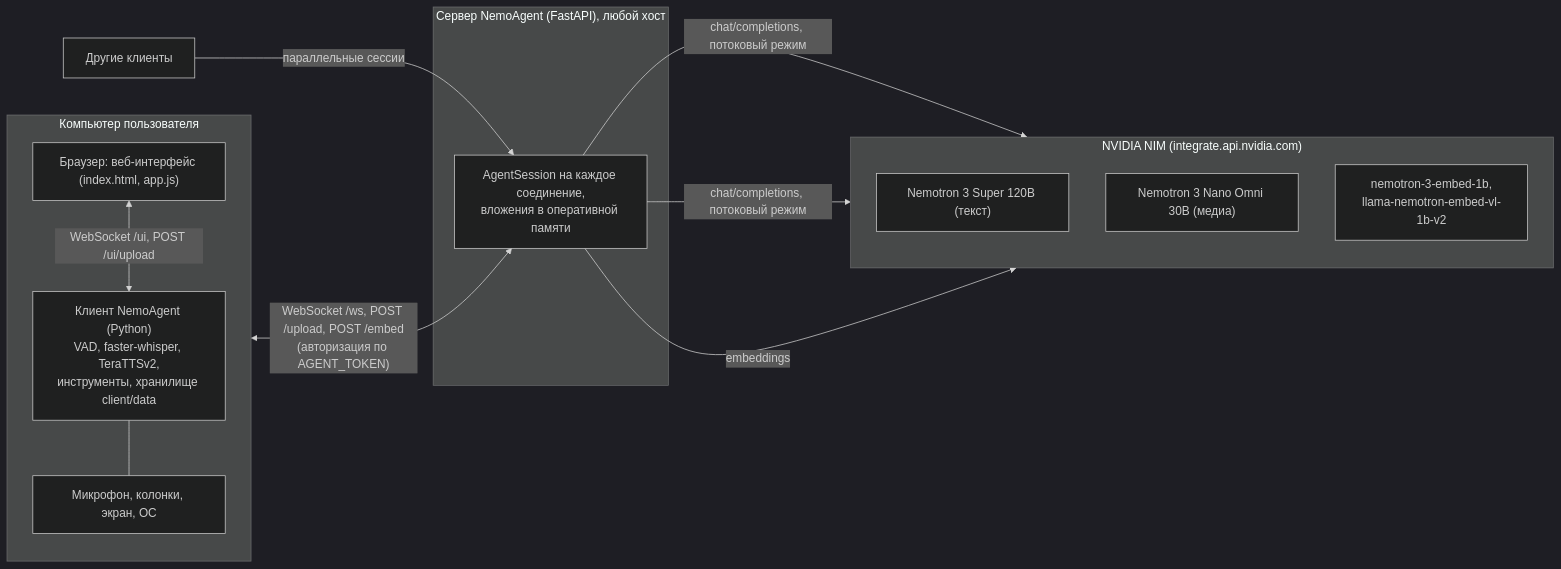
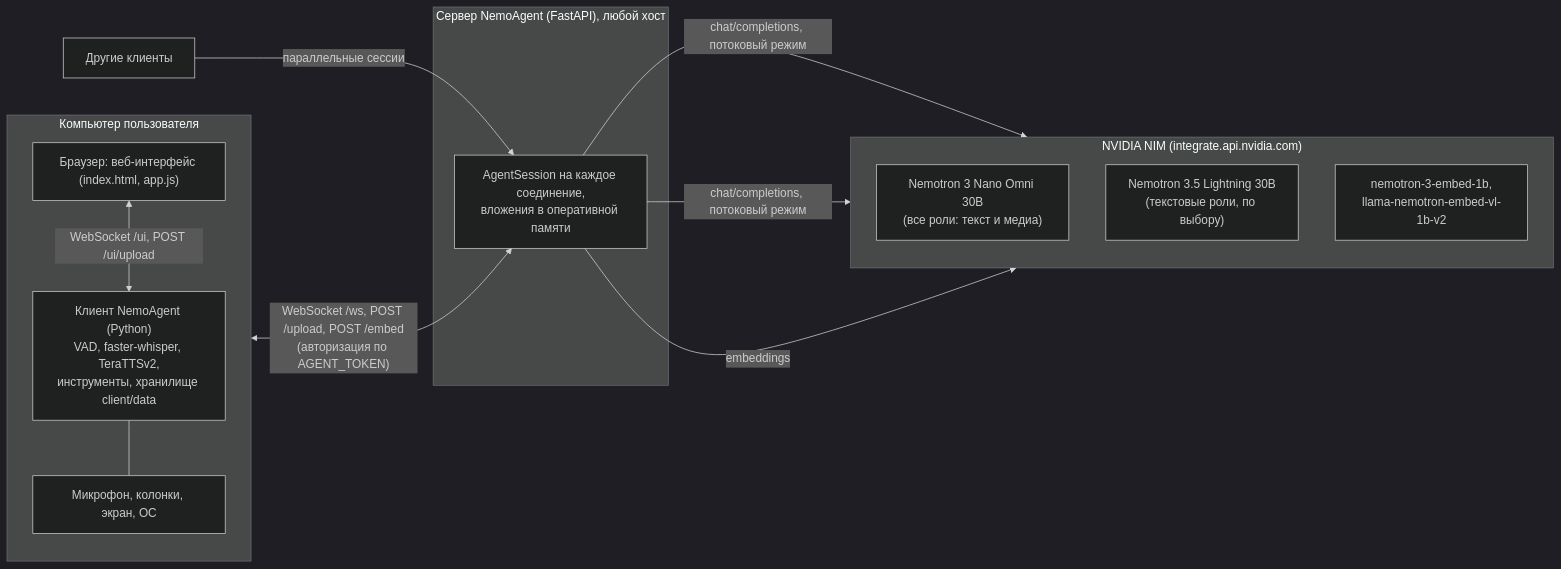
Before and after one commit to ALeksandr13254/NemoAgent: the first of 7 diagrams in README.md, drawn with Mermaid (dark theme). The commit also changed other lines of this file and 9 other files, not shown here.

First line of the commit message:
Nano Omni во всех ролях, Super 120B удалён, параллельные запросы к NIM

````diff
--- a/README.md
+++ b/README.md
@@ -58,28 +60,28 @@
 ```mermaid
 flowchart LR
     subgraph PC["Компьютер пользователя"]
         direction TB
         BR["Браузер: веб-интерфейс (index.html, app.js)"]
         CL["Клиент NemoAgent (Python)<br/>VAD, faster-whisper, TeraTTSv2,<br/>инструменты, хранилище client/data"]
         HW["Микрофон, колонки, экран, ОС"]
         BR <-- "WebSocket /ui, POST /ui/upload" --> CL
         CL --- HW
     end
 
     subgraph SRV["Сервер NemoAgent (FastAPI), любой хост"]
         SS["AgentSession на каждое соединение,<br/>вложения в оперативной памяти"]
     end
 
     subgraph NIM["NVIDIA NIM (integrate.api.nvidia.com)"]
         direction TB
-        M1["Nemotron 3 Super 120B (текст)"]
-        M2["Nemotron 3 Nano Omni 30B (медиа)"]
+        M1["Nemotron 3 Nano Omni 30B<br/>(все роли: текст и медиа)"]
+        M2["Nemotron 3.5 Lightning 30B<br/>(текстовые роли, по выбору)"]
         M3["nemotron-3-embed-1b,<br/>llama-nemotron-embed-vl-1b-v2"]
     end
 
     OTHER["Другие клиенты"] -- "параллельные сессии" --> SS
     CL <-- "WebSocket /ws, POST /upload, POST /embed<br/>(авторизация по AGENT_TOKEN)" --> SS
     SS -- "chat/completions, потоковый режим" --> M1
     SS -- "chat/completions, потоковый режим" --> M2
     SS -- "embeddings" --> M3
 ```
````
